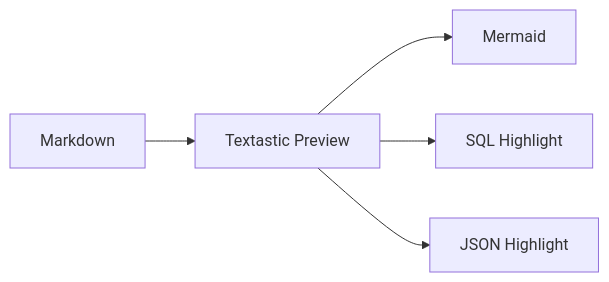
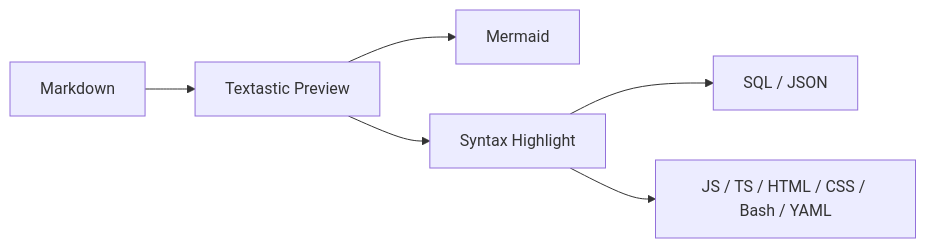
The diagram in experiments/textastic-markdown/sql-highlight-test.md (claire-nook/ai-playground), drawn with Mermaid before and after one commit. The commit also changed other lines of this file, not shown here.

````diff
--- a/experiments/textastic-markdown/sql-highlight-test.md
+++ b/experiments/textastic-markdown/sql-highlight-test.md
@@ -105,7 +201,8 @@
 ```mermaid
 flowchart LR
     A[Markdown] --> B[Textastic Preview]
     B --> C[Mermaid]
-    B --> D[SQL Highlight]
-    B --> E[JSON Highlight]
+    B --> D[Syntax Highlight]
+    D --> E[SQL / JSON]
+    D --> F[JS / TS / HTML / CSS / Bash / YAML]
 ```
````
